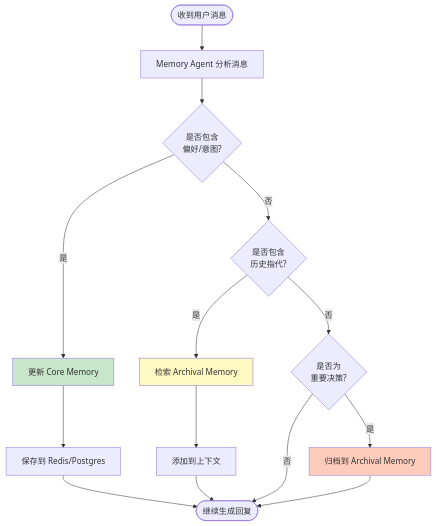
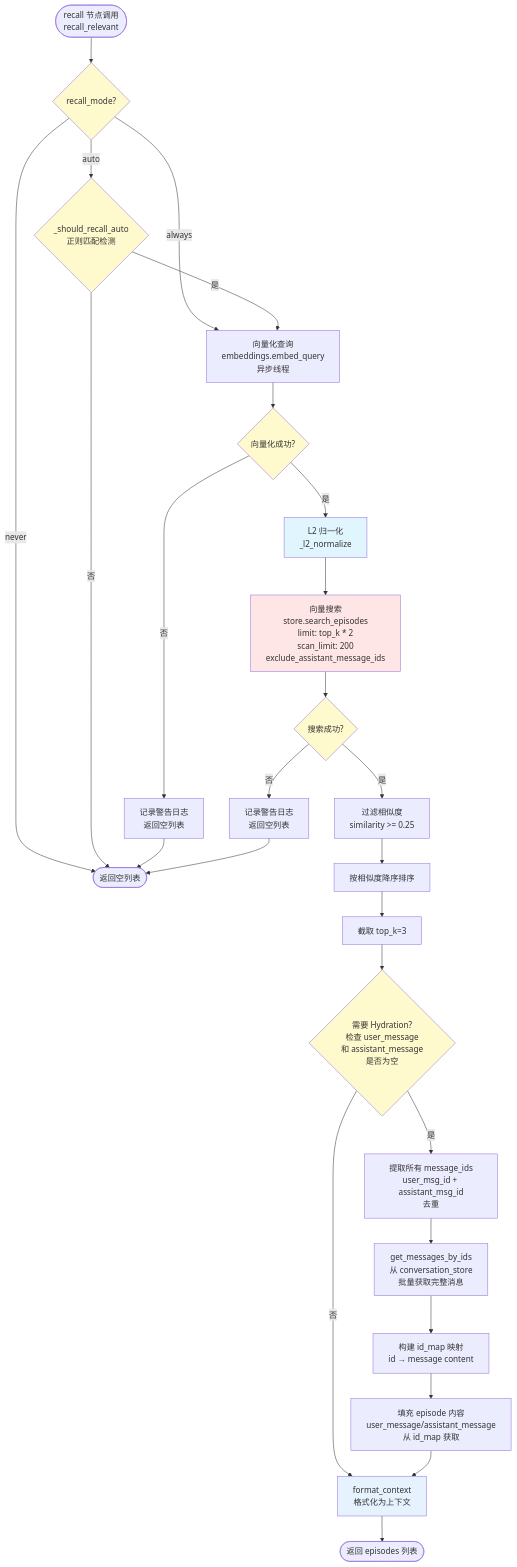
Before and after one commit to stormJun/movie_agent: the ninth of 15 diagrams in docs/1.1.4/1.1.4.1/chat-history-evolution.md, drawn with Mermaid. The commit also changed other lines of this file, not shown here.

First line of the commit message:
docs: restructure Phase 1 documentation for better flow

````diff
--- a/docs/1.1.4/1.1.4.1/chat-history-evolution.md
+++ b/docs/1.1.4/1.1.4.1/chat-history-evolution.md
@@ -2423,29 +2880,50 @@
 ```mermaid
 flowchart TD
-    Start([收到用户消息]) --> Analyze[Memory Agent 分析消息]
+    Start([recall 节点调用<br/>recall_relevant]) --> CheckMode{recall_mode?}
 
-    Analyze --> CheckIntent{是否包含<br/>偏好/意图?}
+    CheckMode -->|never| EndSkip([返回空列表])
+    CheckMode -->|always| CheckEmbed
+    CheckMode -->|auto| AutoTrigger{_should_recall_auto<br/>正则匹配检测}
 
-    CheckIntent -->|是| UpdateCore[更新 Core Memory]
-    CheckIntent -->|否| CheckRef{是否包含<br/>历史指代?}
+    AutoTrigger -->|否| EndSkip
+    AutoTrigger -->|是| CheckEmbed
 
-    UpdateCore --> SaveCore[保存到 Redis/Postgres]
-    SaveCore --> Continue
+    CheckEmbed[向量化查询<br/>embeddings.embed_query<br/>异步线程] --> CheckEmbedSuccess{向量化成功?}
 
-    CheckRef -->|是| SearchArchival[检索 Archival Memory]
-    CheckRef -->|否| CheckDecision{是否为<br/>重要决策?}
+    CheckEmbedSuccess -->|否| LogWarn1[记录警告日志<br/>返回空列表]
+    CheckEmbedSuccess -->|是| L2Norm[L2 归一化<br/>_l2_normalize]
 
-    SearchArchival --> AddContext[添加到上下文]
-    AddContext --> Continue
+    L2Norm --> VecSearch[向量搜索<br/>store.search_episodes<br/>limit: top_k * 2<br/>scan_limit: 200<br/>exclude_assistant_message_ids]
 
-    CheckDecision -->|是| InsertArchival[归档到 Archival Memory]
-    CheckDecision -->|否| Continue
+    VecSearch --> CheckSearchSuccess{搜索成功?}
+    CheckSearchSuccess -->|否| LogWarn2[记录警告日志<br/>返回空列表]
+    CheckSearchSuccess -->|是| FilterSim[过滤相似度<br/>similarity >= 0.25]
 
-    InsertArchival --> Continue
+    FilterSim --> SortDesc[按相似度降序排序]
+    SortDesc --> TruncateTopK[截取 top_k=3]
 
-    Continue([继续生成回复])
+    TruncateTopK --> CheckHydrate{需要 Hydration?<br/>检查 user_message<br/>和 assistant_message<br/>是否为空}
 
-    style UpdateCore fill:#c8e6c9
-    style SearchArchival fill:#fff9c4
-    style InsertArchival fill:#ffccbc
+    CheckHydrate -->|否| Format[format_context<br/>格式化为上下文]
+    CheckHydrate -->|是| ExtractIDs[提取所有 message_ids<br/>user_msg_id + assistant_msg_id<br/>去重]
+
+    ExtractIDs --> FetchMessages[get_messages_by_ids<br/>从 conversation_store<br/>批量获取完整消息]
+
+    FetchMessages --> BuildMap[构建 id_map 映射<br/>id → message content]
+    BuildMap --> FillContent[填充 episode 内容<br/>user_message/assistant_message<br/>从 id_map 获取]
+    FillContent --> Format
+
+    Format --> EndReturn([返回 episodes 列表])
+
+    LogWarn1 --> EndSkip
+    LogWarn2 --> EndSkip
+
+    style CheckMode fill:#fffacd
+    style AutoTrigger fill:#fffacd
+    style CheckEmbedSuccess fill:#fffacd
+    style CheckSearchSuccess fill:#fffacd
+    style CheckHydrate fill:#fffacd
+    style L2Norm fill:#e1f5ff
+    style VecSearch fill:#ffe6e6
+    style Format fill:#e6f3ff
 ```
````
